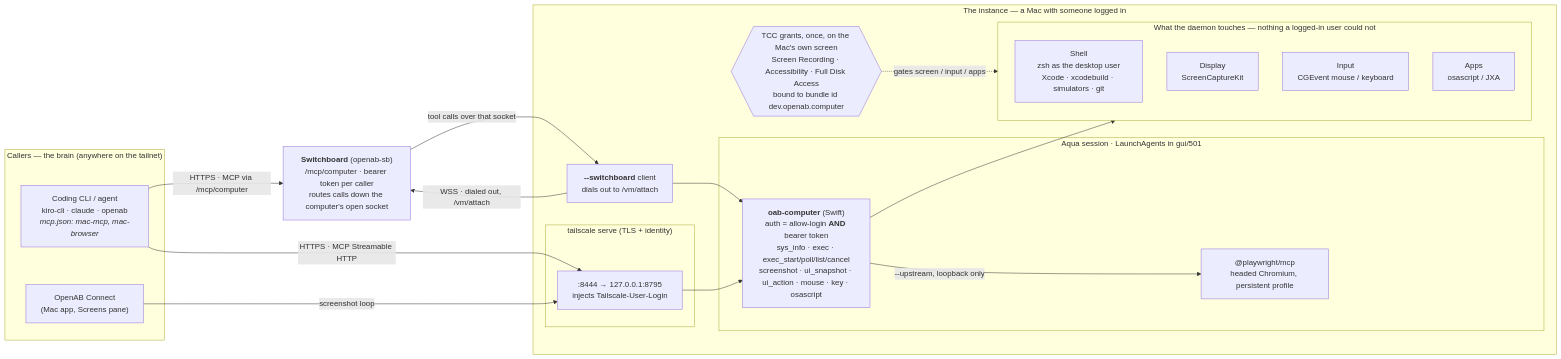
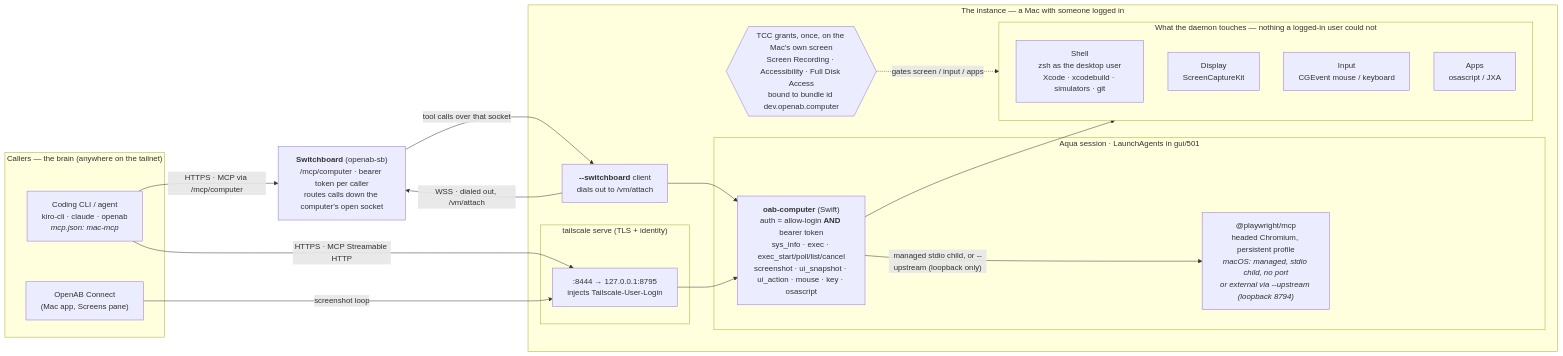
One commit to openabdev/openab-computer changed the diagram in README.md. Above: the diagram before and after it, drawn with Mermaid. The commit also changed other lines of this file and 12 other files, not shown here.

````diff
--- a/README.md
+++ b/README.md
@@ -22,38 +27,38 @@
 ```mermaid
 flowchart LR
     subgraph callers["Callers — the brain (anywhere on the tailnet)"]
-        cli["Coding CLI / agent<br/>kiro-cli · claude · openab<br/><i>mcp.json: mac-mcp, mac-browser</i>"]
+        cli["Coding CLI / agent<br/>kiro-cli · claude · openab<br/><i>mcp.json: mac-mcp</i>"]
         connect["OpenAB Connect<br/>(Mac app, Screens pane)"]
     end
 
     sb["<b>Switchboard</b> (openab-sb)<br/>/mcp/computer · bearer token per caller<br/>routes calls down the computer's open socket"]
 
     subgraph mac["The instance — a Mac with someone logged in"]
         subgraph ts["tailscale serve (TLS + identity)"]
             s8444[":8444 → 127.0.0.1:8795<br/>injects Tailscale-User-Login"]
         end
         subgraph gui["Aqua session · LaunchAgents in gui/501"]
             mcp["<b>oab-computer</b> (Swift)<br/>auth = allow-login <b>AND</b> bearer token<br/>sys_info · exec · exec_start/poll/list/cancel<br/>screenshot · ui_snapshot · ui_action · mouse · key · osascript"]
-            pw["@playwright/mcp<br/>headed Chromium, persistent profile"]
+            pw["@playwright/mcp<br/>headed Chromium, persistent profile<br/><i>macOS: managed, stdio child, no port<br/>or external via --upstream (loopback 8794)</i>"]
         end
         dial["<b>--switchboard</b> client<br/>dials out to /vm/attach"]
         subgraph hands["What the daemon touches — nothing a logged-in user could not"]
             shell["Shell<br/>zsh as the desktop user<br/>Xcode · xcodebuild · simulators · git"]
             screen["Display<br/>ScreenCaptureKit"]
             input["Input<br/>CGEvent mouse / keyboard"]
             apps["Apps<br/>osascript / JXA"]
         end
         tcc{{"TCC grants, once, on the Mac's own screen<br/>Screen Recording · Accessibility · Full Disk Access<br/>bound to bundle id dev.openab.computer"}}
     end
 
     cli -- "HTTPS · MCP Streamable HTTP" --> s8444
     connect -- "screenshot loop" --> s8444
     cli -- "HTTPS · MCP via /mcp/computer" --> sb
     dial -- "WSS · dialed out, /vm/attach" --> sb
     sb -- "tool calls over that socket" --> dial
     dial --> mcp
     s8444 --> mcp
-    mcp -- "--upstream, loopback only" --> pw
+    mcp -- "managed stdio child, or --upstream (loopback only)" --> pw
     mcp --> hands
     tcc -. "gates screen / input / apps" .-> hands
 ```
````
